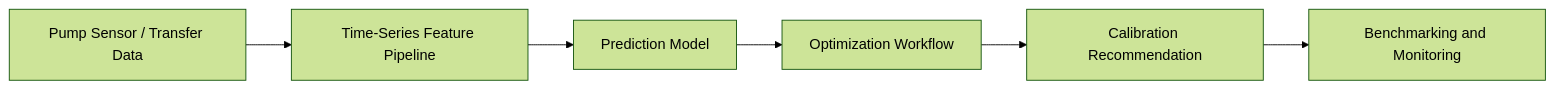
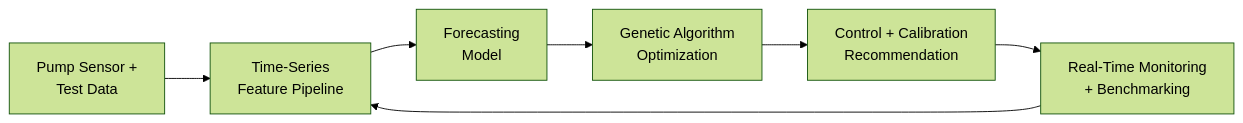
The diagram in docs/biomedical-ml.md (CS-Ponkoj/CS-Ponkoj), drawn with Mermaid (forest theme) before and after one commit. The commit also changed other lines of this file and 10 other files, not shown here.

````diff
--- a/docs/biomedical-ml.md
+++ b/docs/biomedical-ml.md
@@ -22,8 +18,9 @@
 ```mermaid
 flowchart LR
-    A["Pump Sensor / Transfer Data"] --> B["Time-Series Feature Pipeline"]
-    B --> C["Prediction Model"]
-    C --> D["Optimization Workflow"]
-    D --> E["Calibration Recommendation"]
-    E --> F["Benchmarking and Monitoring"]
+    A["Pump Sensor +<br/>Test Data"] --> B["Time-Series<br/>Feature Pipeline"]
+    B --> C["Forecasting<br/>Model"]
+    C --> D["Genetic Algorithm<br/>Optimization"]
+    D --> E["Control + Calibration<br/>Recommendation"]
+    E --> F["Real-Time Monitoring<br/>+ Benchmarking"]
+    F --> B
 ```
````
